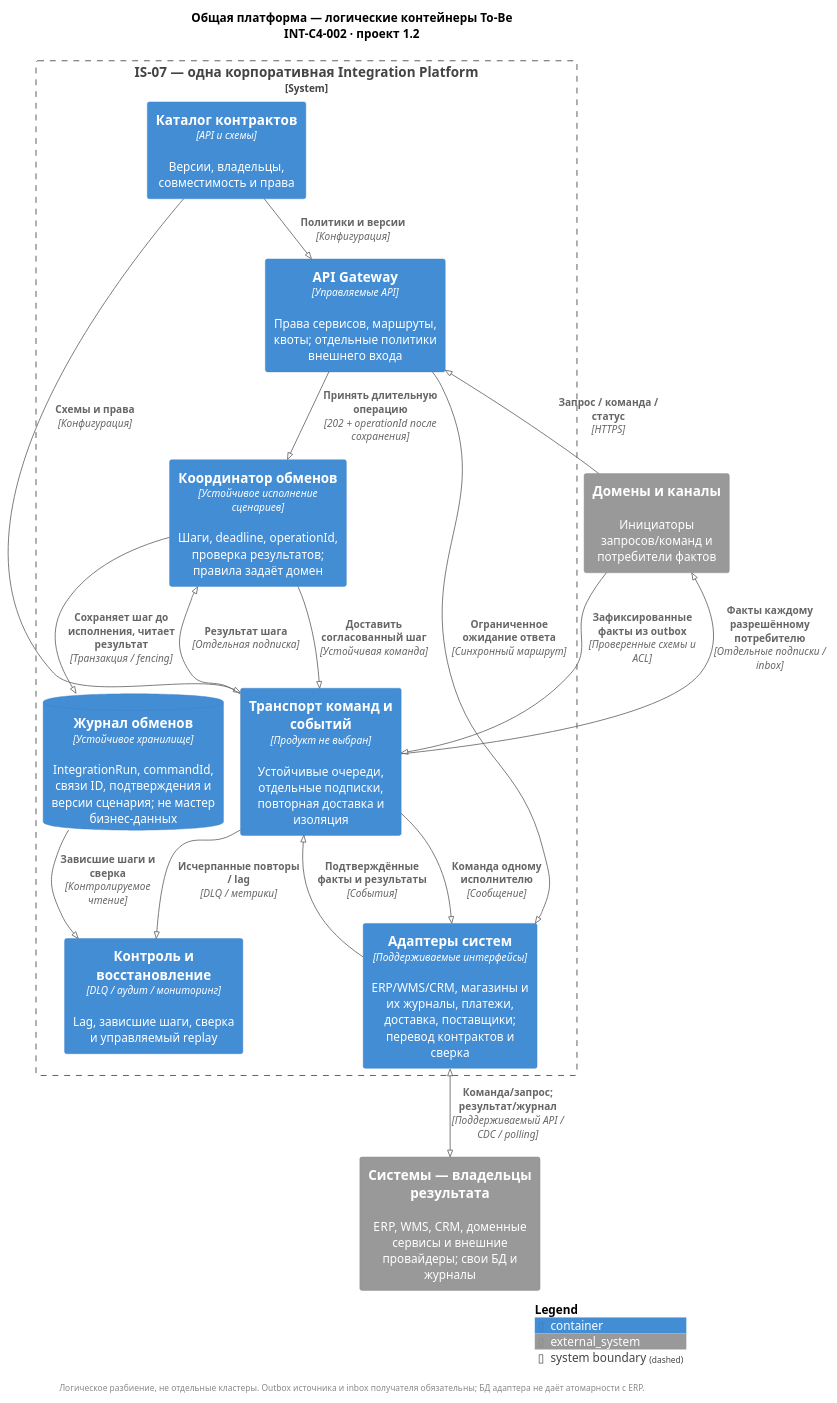
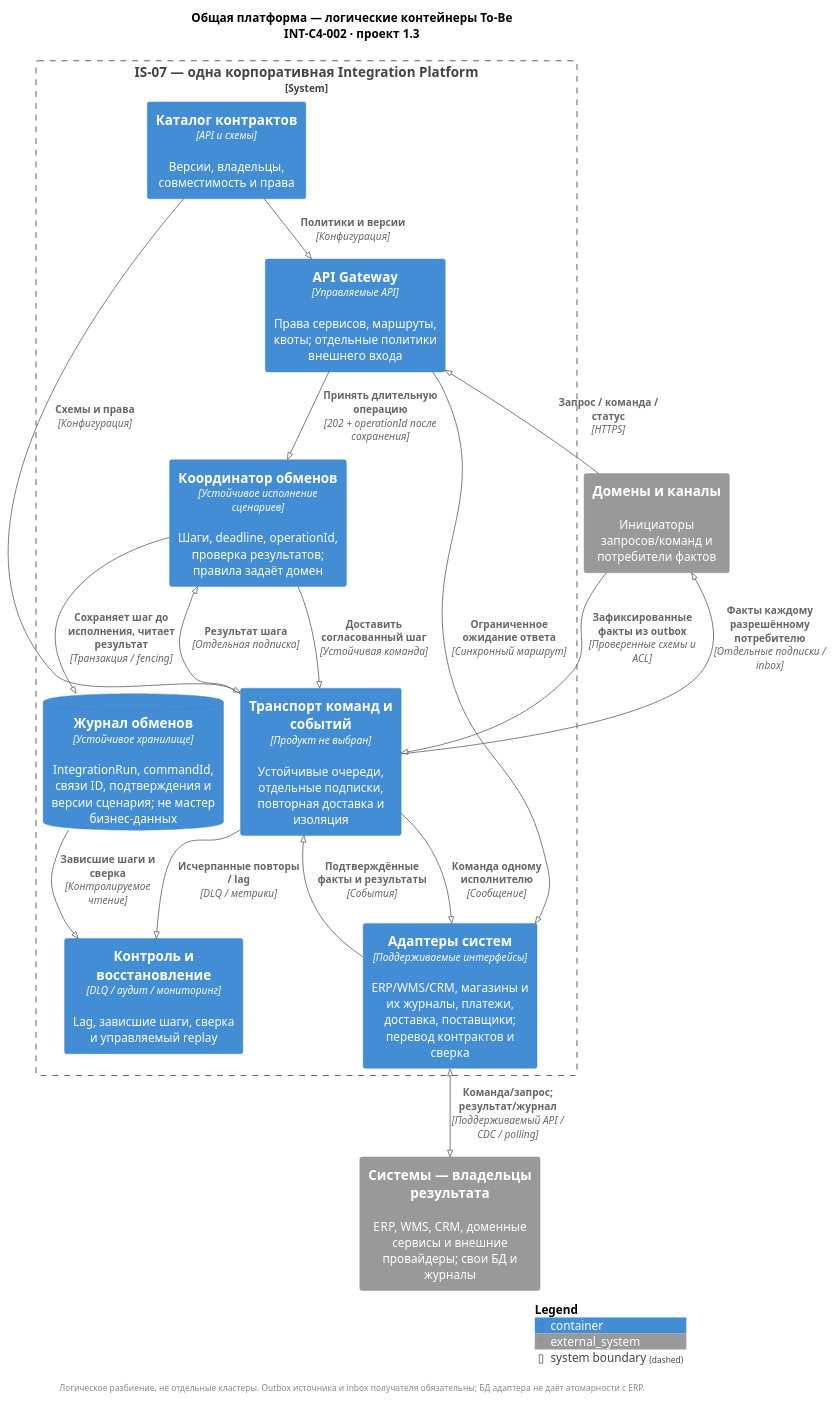
The diagram in 06_integration_architecture/diagrams/INT-C4-002-platform.puml (rsingatulin/hse_architecture), drawn with PlantUML before and after one commit. The commit also changed 28 other files, not shown here.

```diff
--- a/06_integration_architecture/diagrams/INT-C4-002-platform.puml
+++ b/06_integration_architecture/diagrams/INT-C4-002-platform.puml
@@ -1,36 +1,36 @@
 @startuml INT-C4-002-platform
 !pragma layout smetana
 !include <C4/C4_Container>
 LAYOUT_TOP_DOWN()
 skinparam defaultFontName Arial
 skinparam backgroundColor white
-title Общая платформа — логические контейнеры To-Be\nINT-C4-002 · проект 1.2
+title Общая платформа — логические контейнеры To-Be\nINT-C4-002 · проект 1.3
 System_Ext(caller, "Домены и каналы", "Инициаторы запросов/команд и потребители фактов")
 System_Boundary(ip, "IS-07 — одна корпоративная Integration Platform") {
  Container(gw, "API Gateway", "Управляемые API", "Права сервисов, маршруты, квоты; отдельные политики внешнего входа")
  Container(flow, "Координатор обменов", "Устойчивое исполнение сценариев", "Шаги, deadline, operationId, проверка результатов; правила задаёт домен")
  Container(bus, "Транспорт команд и событий", "Продукт не выбран", "Устойчивые очереди, отдельные подписки, повторная доставка и изоляция")
  Container(adapt, "Адаптеры систем", "Поддерживаемые интерфейсы", "ERP/WMS/CRM, магазины и их журналы, платежи, доставка, поставщики; перевод контрактов и сверка")
  ContainerDb(state, "Журнал обменов", "Устойчивое хранилище", "IntegrationRun, commandId, связи ID, подтверждения и версии сценария; не мастер бизнес-данных")
  Container(catalog, "Каталог контрактов", "API и схемы", "Версии, владельцы, совместимость и права")
  Container(ops, "Контроль и восстановление", "DLQ / аудит / мониторинг", "Lag, зависшие шаги, сверка и управляемый replay")
 }
 System_Ext(owner, "Системы — владельцы результата", "ERP, WMS, CRM, доменные сервисы и внешние провайдеры; свои БД и журналы")
 Rel(caller, gw, "Запрос / команда / статус", "HTTPS")
 Rel(gw, adapt, "Ограниченное ожидание ответа", "Синхронный маршрут")
 Rel(gw, flow, "Принять длительную операцию", "202 + operationId после сохранения")
 Rel(flow, state, "Сохраняет шаг до исполнения, читает результат", "Транзакция / fencing")
 Rel(flow, bus, "Доставить согласованный шаг", "Устойчивая команда")
 Rel(bus, adapt, "Команда одному исполнителю", "Сообщение")
 BiRel(adapt, owner, "Команда/запрос; результат/журнал", "Поддерживаемый API / CDC / polling")
 Rel(adapt, bus, "Подтверждённые факты и результаты", "События")
 Rel(bus, flow, "Результат шага", "Отдельная подписка")
 Rel(bus, caller, "Факты каждому разрешённому потребителю", "Отдельные подписки / inbox")
 Rel(caller, bus, "Зафиксированные факты из outbox", "Проверенные схемы и ACL")
 Rel(catalog, gw, "Политики и версии", "Конфигурация")
 Rel(catalog, bus, "Схемы и права", "Конфигурация")
 Rel(bus, ops, "Исчерпанные повторы / lag", "DLQ / метрики")
 Rel(state, ops, "Зависшие шаги и сверка", "Контролируемое чтение")
 SHOW_LEGEND()
 footer Логическое разбиение, не отдельные кластеры. Outbox источника и inbox получателя обязательны; БД адаптера не даёт атомарности с ERP.
 @enduml
```
